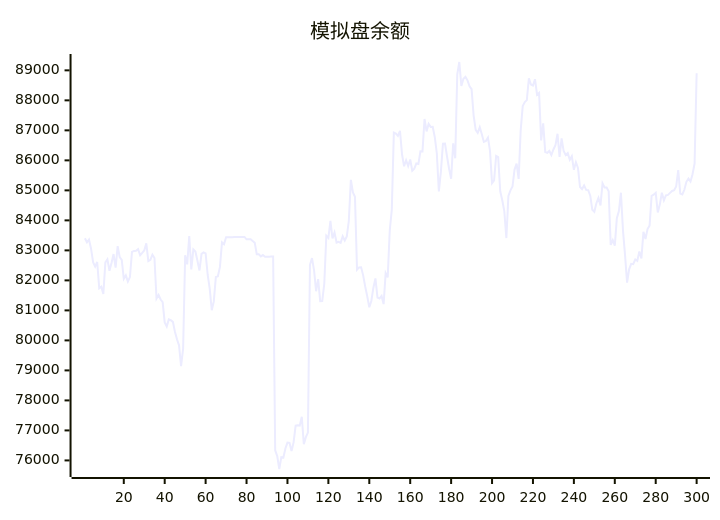
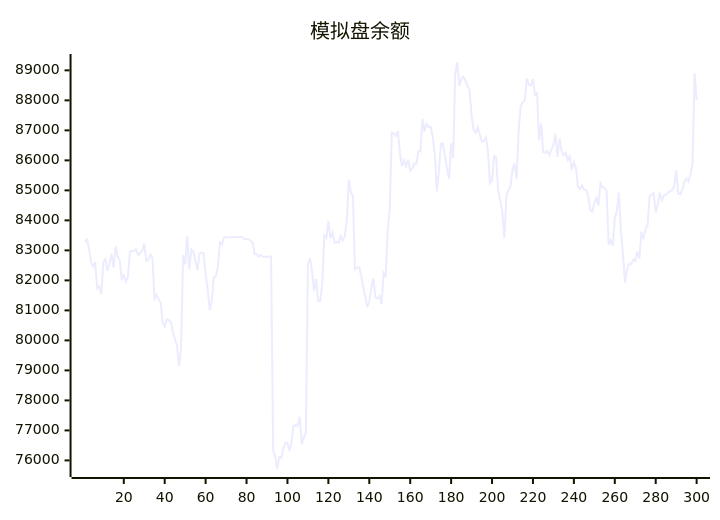
One commit to aahl/ai-trading changed the diagram in README.md. Above: the diagram before and after it, drawn with Mermaid. The commit also changed other lines of this file and 1 other file, not shown here.

````diff
--- a/README.md
+++ b/README.md
@@ -5,5 +5,5 @@
 ```mermaid
 xychart
     title "模拟盘余额"
-    line [83404,83270,83362,83056,82605,82459,82614,81734,81788,81551,82598,82702,82320,82580,82878,82426,83139,82778,82686,82056,82166,81963,82110,82951,82983,82984,83038,82838,82915,82998,83235,82642,82682,82858,82746,81396,81512,81362,81277,80600,80461,80699,80673,80616,80288,80038,79836,79142,79722,82837,82533,83480,82366,83032,82960,82654,82330,82883,82934,82901,82188,81728,81005,81298,82110,82135,82449,83264,83203,83440,83439,83440,83440,83446,83447,83448,83447,83448,83449,83369,83369,83369,83313,83256,82872,82873,82801,82844,82785,82791,82791,82793,82794,76339,76145,75714,76110,76096,76397,76594,76585,76310,76607,77160,77170,77160,77456,76541,76774,76927,82520,82744,82337,81639,82040,81307,81314,81887,83490,83414,83984,83396,83594,83261,83287,83253,83470,83327,83465,83987,85348,84930,84786,82355,82433,82438,82167,81795,81466,81105,81315,81756,82064,81426,81398,81481,81210,82242,82099,83658,84359,86925,86892,86814,86980,86203,85802,86003,85811,86028,85657,85721,85896,85880,86300,86299,87378,86965,87214,87115,87118,86780,86238,84966,85623,86555,86562,86129,85722,85387,86569,86070,88870,89278,88477,88720,88781,88668,88467,88372,87493,87018,86917,87102,86870,86613,86644,86758,86317,85242,85334,86149,86106,84968,84671,84302,83410,84816,85001,85127,85693,85891,85384,87001,87811,87945,88007,88734,88528,88495,88705,88189,88248,86662,87234,86279,86251,86314,86177,86364,86503,86886,86114,86731,86310,86176,86240,86017,86136,85685,85938,85749,85111,85044,85164,85016,85008,84824,84354,84287,84572,84745,84500,85234,85096,85095,84970,83180,83338,83157,84070,84309,84922,83667,82850,81924,82369,82552,82539,82695,82648,82962,82728,83619,83378,83710,83825,84819,84854,84917,84265,84527,84919,84668,84834,84850,84916,84981,85004,85131,85674,84891,84864,85019,85284,85393,85294,85538,85894,88904]
+    line [83270,83362,83056,82605,82459,82614,81734,81788,81551,82598,82702,82320,82580,82878,82426,83139,82778,82686,82056,82166,81963,82110,82951,82983,82984,83038,82838,82915,82998,83235,82642,82682,82858,82746,81396,81512,81362,81277,80600,80461,80699,80673,80616,80288,80038,79836,79142,79722,82837,82533,83480,82366,83032,82960,82654,82330,82883,82934,82901,82188,81728,81005,81298,82110,82135,82449,83264,83203,83440,83439,83440,83440,83446,83447,83448,83447,83448,83449,83369,83369,83369,83313,83256,82872,82873,82801,82844,82785,82791,82791,82793,82794,76339,76145,75714,76110,76096,76397,76594,76585,76310,76607,77160,77170,77160,77456,76541,76774,76927,82520,82744,82337,81639,82040,81307,81314,81887,83490,83414,83984,83396,83594,83261,83287,83253,83470,83327,83465,83987,85348,84930,84786,82355,82433,82438,82167,81795,81466,81105,81315,81756,82064,81426,81398,81481,81210,82242,82099,83658,84359,86925,86892,86814,86980,86203,85802,86003,85811,86028,85657,85721,85896,85880,86300,86299,87378,86965,87214,87115,87118,86780,86238,84966,85623,86555,86562,86129,85722,85387,86569,86070,88870,89278,88477,88720,88781,88668,88467,88372,87493,87018,86917,87102,86870,86613,86644,86758,86317,85242,85334,86149,86106,84968,84671,84302,83410,84816,85001,85127,85693,85891,85384,87001,87811,87945,88007,88734,88528,88495,88705,88189,88248,86662,87234,86279,86251,86314,86177,86364,86503,86886,86114,86731,86310,86176,86240,86017,86136,85685,85938,85749,85111,85044,85164,85016,85008,84824,84354,84287,84572,84745,84500,85234,85096,85095,84970,83180,83338,83157,84070,84309,84922,83667,82850,81924,82369,82552,82539,82695,82648,82962,82728,83619,83378,83710,83825,84819,84854,84917,84265,84527,84919,84668,84834,84850,84916,84981,85004,85131,85674,84891,84864,85019,85284,85393,85294,85538,85894,88904,88012]
 ```
````
